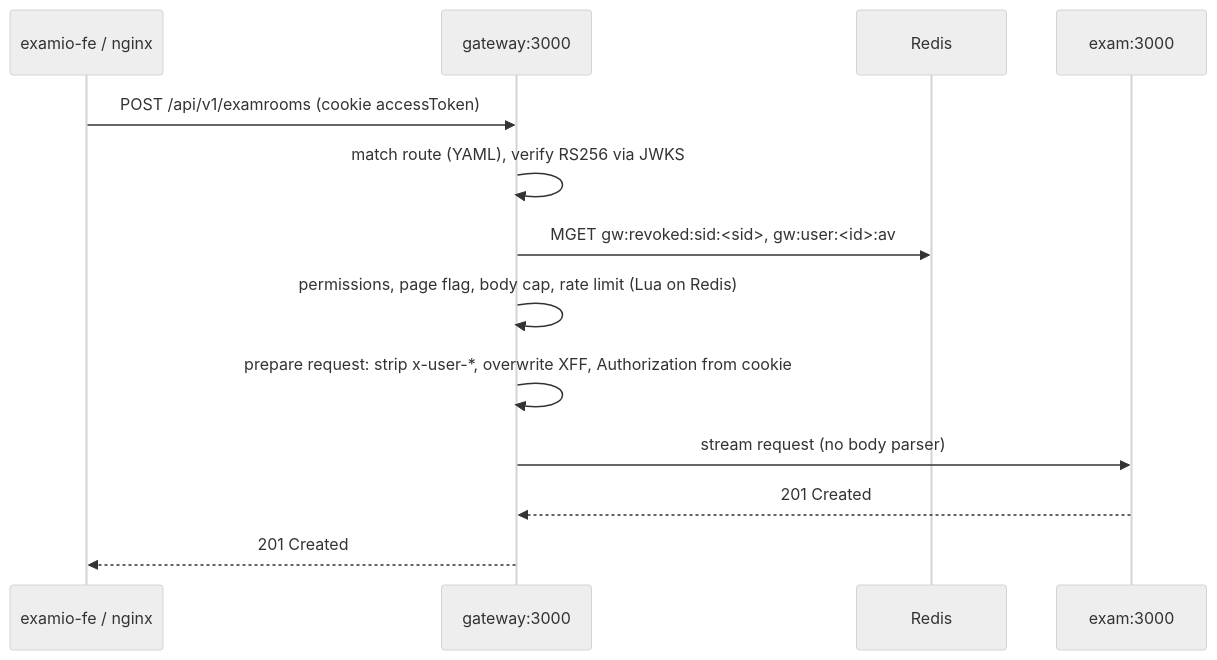
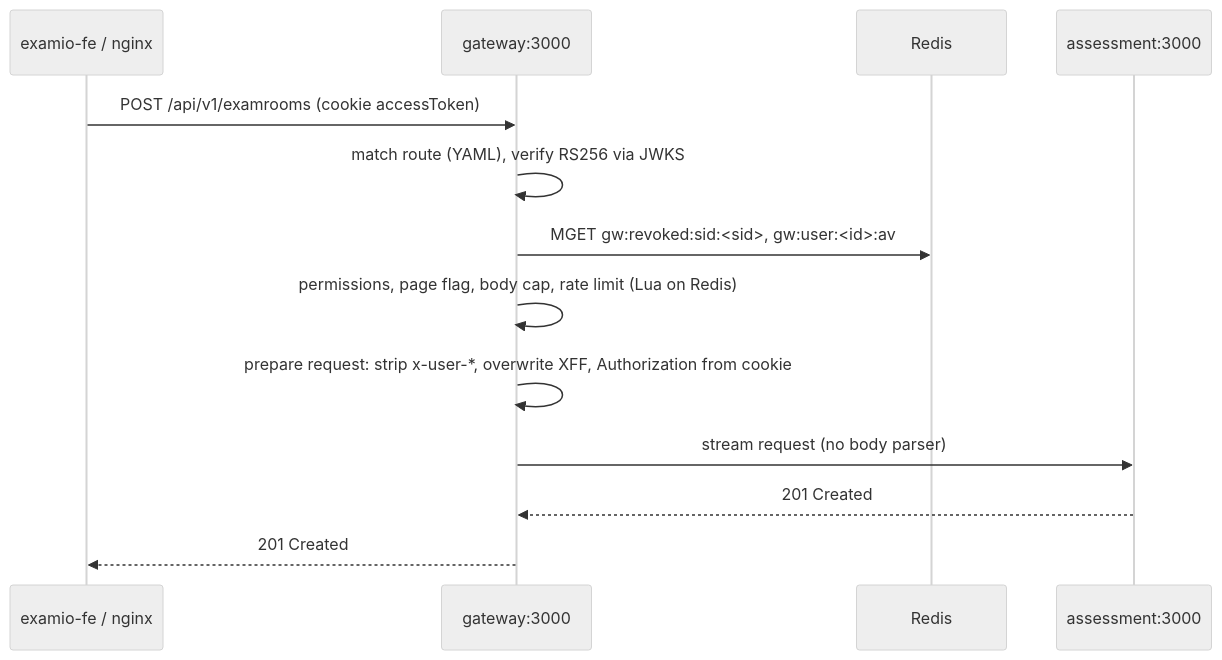
The second of 9 diagrams in docs/system/architecture.md (tgiap04/examio), drawn with Mermaid (neutral theme) before and after one commit. The commit also changed other lines of this file and 20 other files, not shown here.

````diff
--- a/docs/system/architecture.md
+++ b/docs/system/architecture.md
@@ -124,15 +134,15 @@
 ```mermaid
 sequenceDiagram
     participant FE as examio-fe / nginx
     participant GW as gateway:3000
     participant R as Redis
-    participant EX as exam:3000
+    participant EX as assessment:3000
     FE->>GW: POST /api/v1/examrooms (cookie accessToken)
     GW->>GW: match route (YAML), verify RS256 via JWKS
     GW->>R: MGET gw:revoked:sid:<sid>, gw:user:<id>:av
     GW->>GW: permissions, page flag, body cap, rate limit (Lua on Redis)
     GW->>GW: prepare request: strip x-user-*, overwrite XFF, Authorization from cookie
     GW->>EX: stream request (no body parser)
     EX-->>GW: 201 Created
     GW-->>FE: 201 Created
 ```
````
